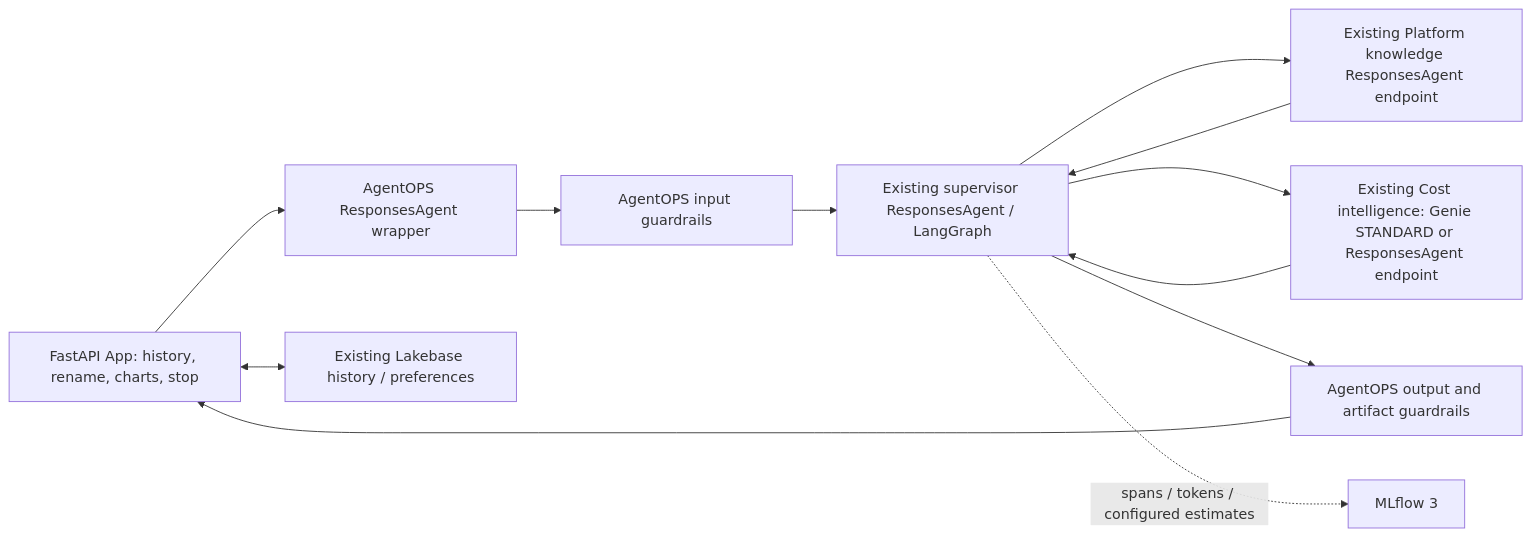
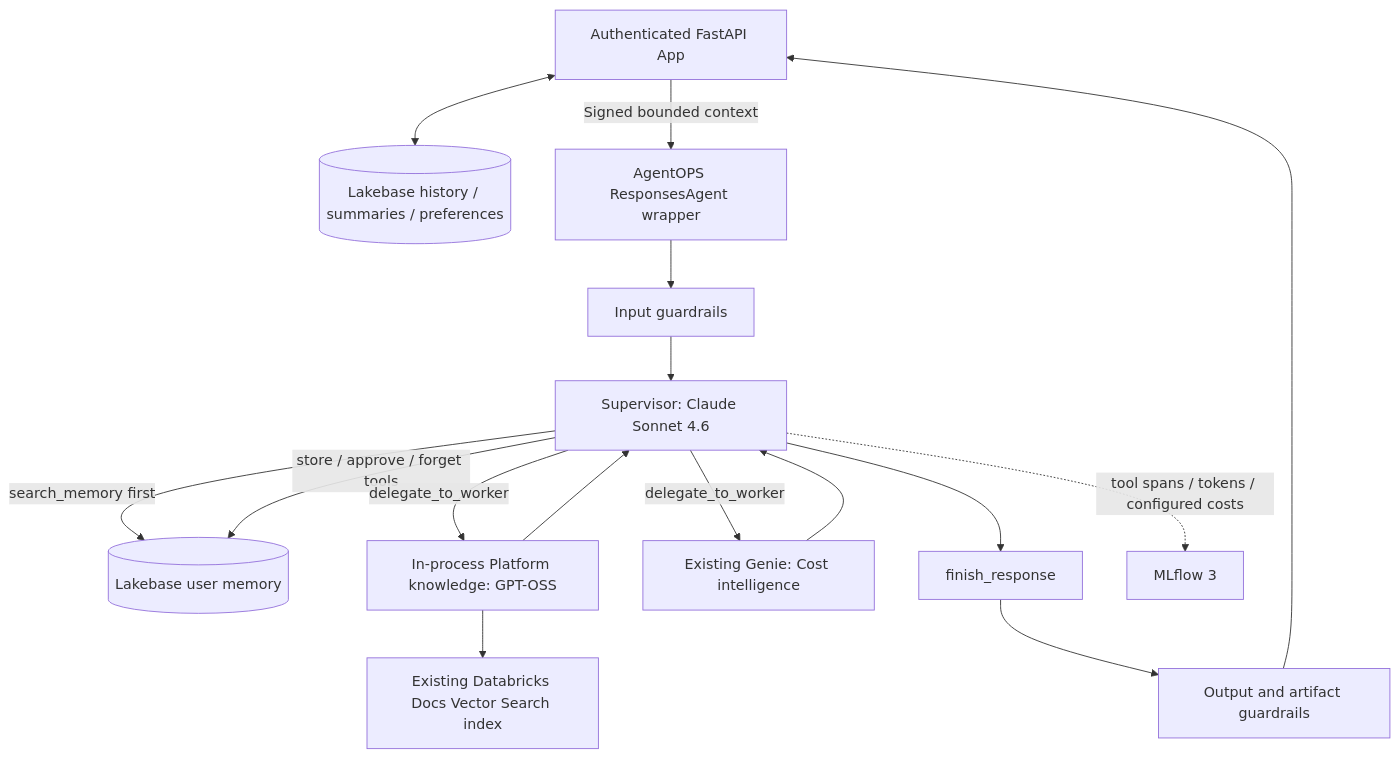
Before and after one commit to Narendra9999/Agentops-service: the diagram in src/teams/platform-intelligence/README.md, drawn with Mermaid. The commit also changed other lines of this file and 36 other files, not shown here.

Commit message:
Add explicit supervisor memory tools and embed Platform knowledge worker

````diff
--- a/src/teams/platform-intelligence/README.md
+++ b/src/teams/platform-intelligence/README.md
@@ -10,14 +10,18 @@
 ```mermaid
-flowchart LR
-    UI[FastAPI App: history, rename, charts, stop] --> W[AgentOPS ResponsesAgent wrapper]
-    W --> G[AgentOPS input guardrails]
-    G --> S[Existing supervisor ResponsesAgent / LangGraph]
-    S --> K[Existing Platform knowledge ResponsesAgent endpoint]
-    S --> C[Existing Cost intelligence: Genie STANDARD or ResponsesAgent endpoint]
+flowchart TD
+    UI[Authenticated FastAPI App] <--> H[(Lakebase history / summaries / preferences)]
+    UI -->|Signed bounded context| A[AgentOPS ResponsesAgent wrapper]
+    A --> G[Input guardrails]
+    G --> S[Supervisor: Claude Sonnet 4.6]
+    S -->|search_memory first| M[(Lakebase user memory)]
+    S -->|store / approve / forget tools| M
+    S -->|delegate_to_worker| K[In-process Platform knowledge: GPT-OSS]
+    K --> V[Existing Databricks Docs Vector Search index]
+    S -->|delegate_to_worker| C[Existing Genie: Cost intelligence]
     K --> S
     C --> S
-    S --> P[AgentOPS output and artifact guardrails]
+    S --> F[finish_response]
+    F --> P[Output and artifact guardrails]
     P --> UI
-    S -. spans / tokens / configured estimates .-> M[MLflow 3]
-    UI <--> H[Existing Lakebase history / preferences]
+    S -. tool spans / tokens / configured costs .-> T[MLflow 3]
 ```
````
